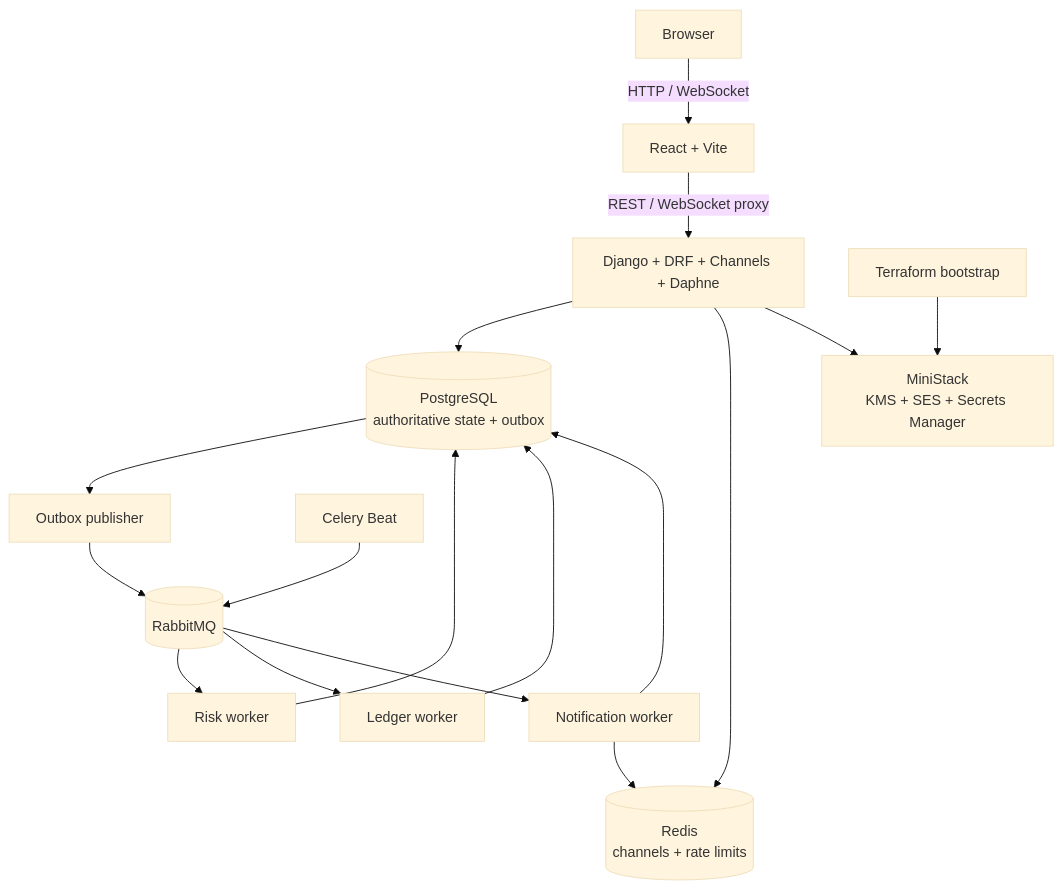
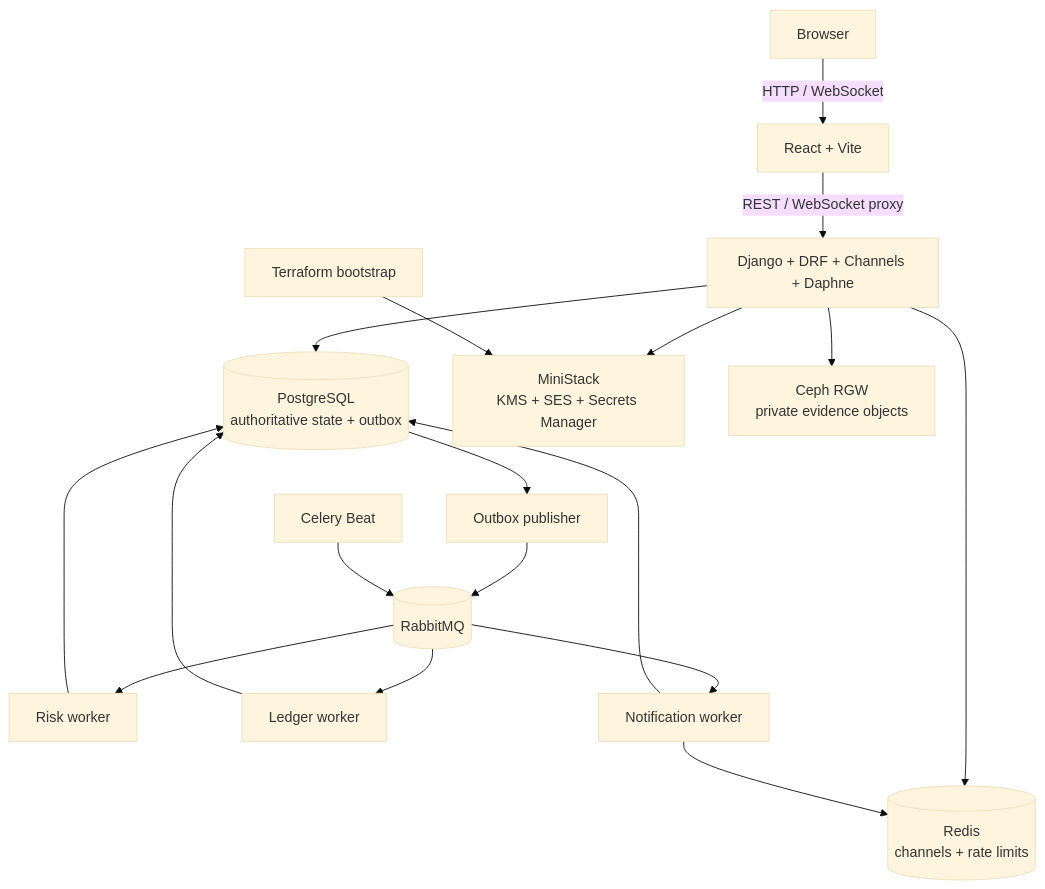
Before and after one commit to davicbtoliveira/Escrow: the second of 2 diagrams in README.md, drawn with Mermaid (base theme). The commit also changed other lines of this file and 1 other file, not shown here.

First line of the commit message:
chore(infra): run Ceph RGW locally as the private evidence store

````diff
--- a/README.md
+++ b/README.md
@@ -77,21 +76,22 @@
 ```mermaid
 flowchart TB
     Browser[Browser] -->|HTTP / WebSocket| Frontend[React + Vite]
     Frontend -->|REST / WebSocket proxy| API[Django + DRF + Channels + Daphne]
 
     API --> PostgreSQL[(PostgreSQL<br/>authoritative state + outbox)]
     API --> Redis[(Redis<br/>channels + rate limits)]
     API --> MiniStack[MiniStack<br/>KMS + SES + Secrets Manager]
+    API --> Ceph[Ceph RGW<br/>private evidence objects]
     Terraform[Terraform bootstrap] --> MiniStack
 
     PostgreSQL --> Outbox[Outbox publisher]
     Outbox --> RabbitMQ[(RabbitMQ)]
     RabbitMQ --> Risk[Risk worker]
     RabbitMQ --> Ledger[Ledger worker]
     RabbitMQ --> Notifications[Notification worker]
     Risk --> PostgreSQL
     Ledger --> PostgreSQL
     Notifications --> PostgreSQL
     Notifications --> Redis
     Beat[Celery Beat] --> RabbitMQ
 ```
````
